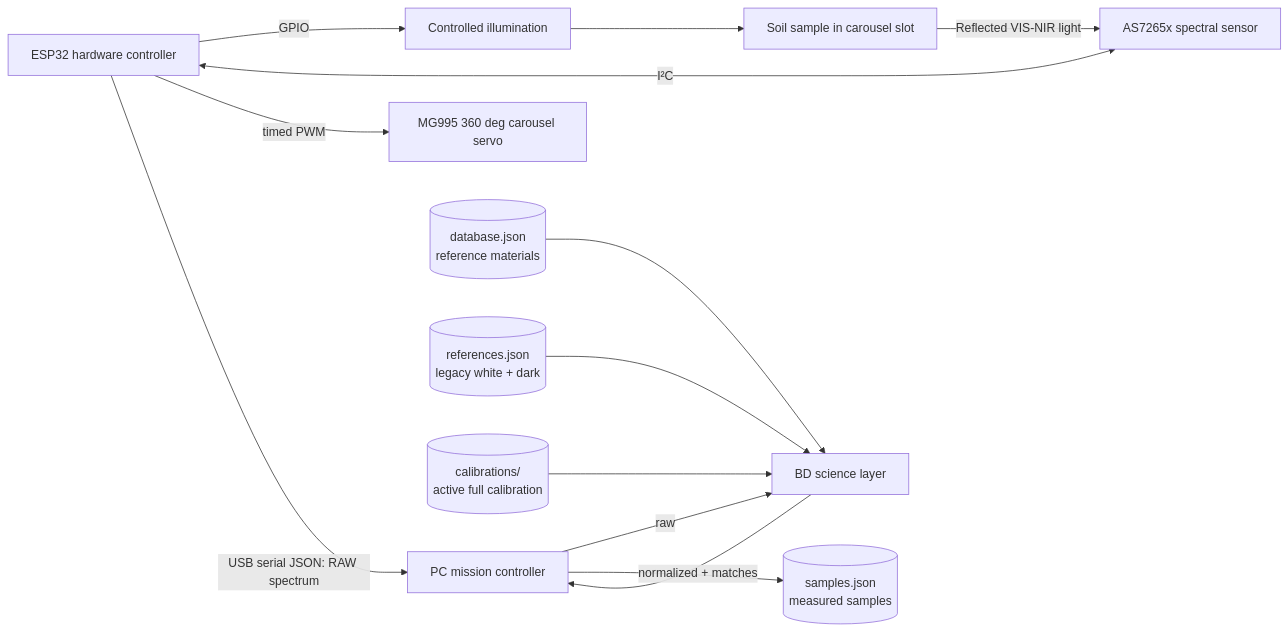
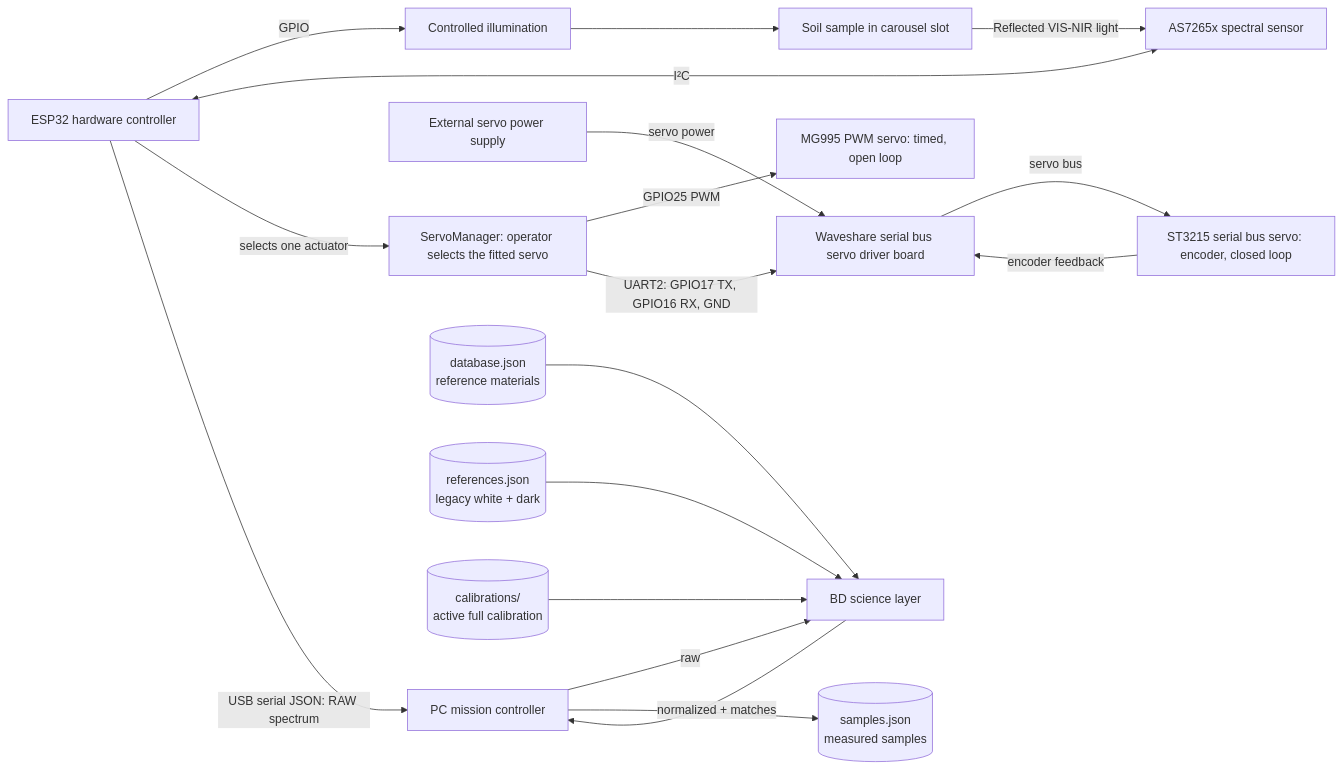
Before and after one commit to BrnoMarsRover/as7265x-soil-analysis-module: the diagram in README.md, drawn with Mermaid. The commit also changed other lines of this file and 140 other files, not shown here.

````diff
--- a/README.md
+++ b/README.md
@@ -73,27 +73,36 @@
 ```mermaid
 flowchart LR
     SAMPLE[Soil sample in carousel slot]
     LIGHT[Controlled illumination]
     SENSOR[AS7265x spectral sensor]
     ESP[ESP32 hardware controller]
-    SERVO[MG995 360 deg carousel servo]
+    MANAGER[ServoManager: operator selects the fitted servo]
+    MG995[MG995 PWM servo: timed, open loop]
+    DRIVER[Waveshare serial bus servo driver board]
+    SERVO[ST3215 serial bus servo: encoder, closed loop]
+    SUPPLY[External servo power supply]
     PC[PC mission controller]
     BD[BD science layer]
     DATABASE[(database.json<br/>reference materials)]
     REFS[(references.json<br/>legacy white + dark)]
     CAL[(calibrations/<br/>active full calibration)]
     STORE[(samples.json<br/>measured samples)]
 
     ESP -->|GPIO| LIGHT
     LIGHT --> SAMPLE
     SAMPLE -->|Reflected VIS-NIR light| SENSOR
     ESP <-->|I²C| SENSOR
-    ESP -->|timed PWM| SERVO
+    ESP -->|selects one actuator| MANAGER
+    MANAGER -->|GPIO25 PWM| MG995
+    MANAGER -->|UART2: GPIO17 TX, GPIO16 RX, GND| DRIVER
+    SUPPLY -->|servo power| DRIVER
+    DRIVER -->|servo bus| SERVO
+    SERVO -->|encoder feedback| DRIVER
     ESP -->|USB serial JSON: RAW spectrum| PC
     PC -->|raw| BD
     DATABASE --> BD
     REFS --> BD
     CAL --> BD
     BD -->|normalized + matches| PC
     PC --> STORE
 ```
````
